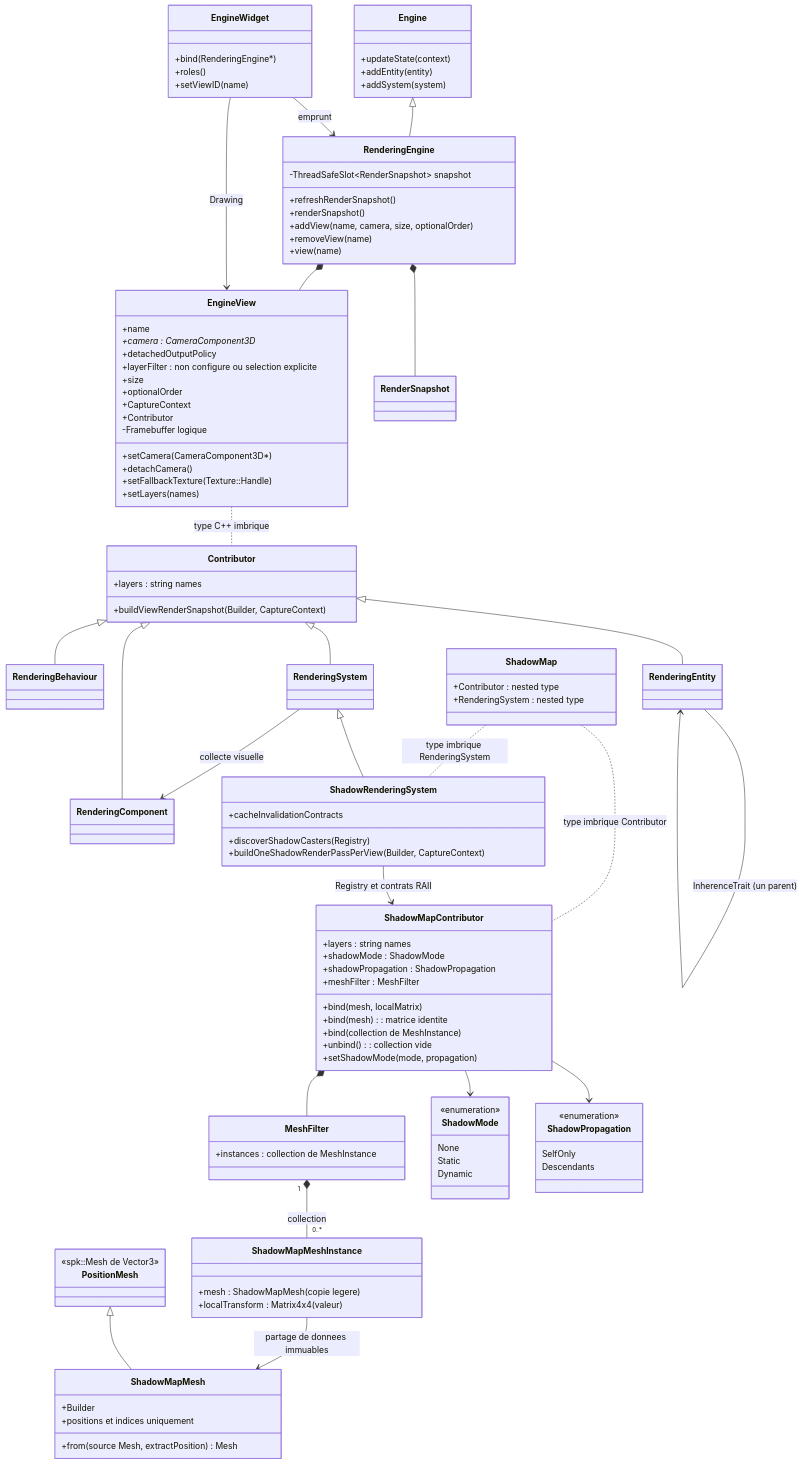
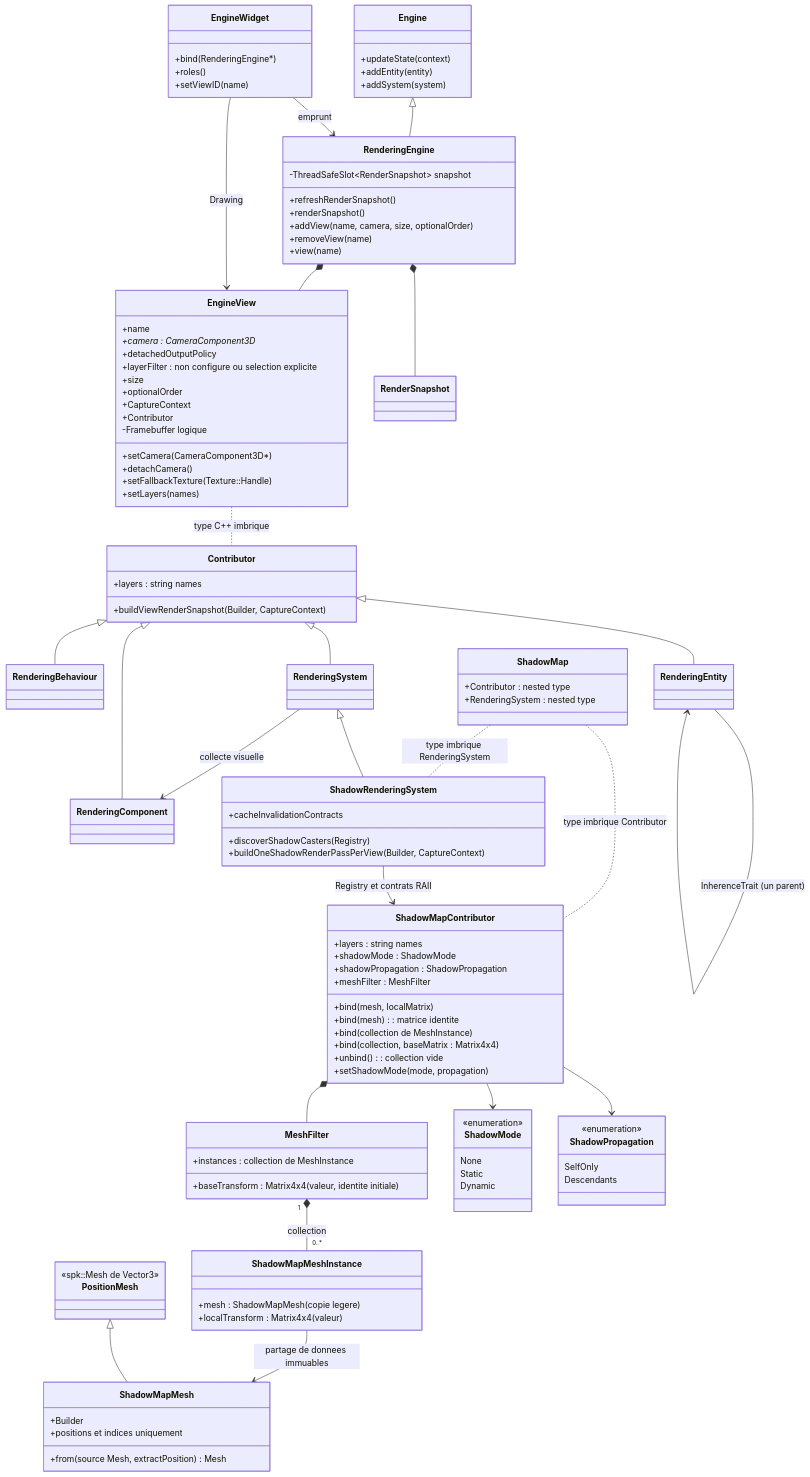
The seventh of 23 diagrams in docs/voxel-engine-v0.1.4-specification.md (EreliaStudio/Sparkle), drawn with Mermaid before and after one commit. The commit also changed other lines of this file, not shown here.

Commit message:
docs(v0.1.4): extend A1 ShadowMap bindings with an Assembly-wide base matrix

```diff
--- a/docs/voxel-engine-v0.1.4-specification.md
+++ b/docs/voxel-engine-v0.1.4-specification.md
@@ -678,11 +678,13 @@
     +bind(mesh, localMatrix)
     +bind(mesh) : matrice identite
     +bind(collection de MeshInstance)
+    +bind(collection, baseMatrix : Matrix4x4)
     +unbind() : collection vide
     +setShadowMode(mode, propagation)
   }
   class MeshFilter {
     +instances : collection de MeshInstance
+    +baseTransform : Matrix4x4 (valeur, identite initiale)
   }
   class ShadowMapMeshInstance {
     +mesh : ShadowMapMesh (copie legere)
```
